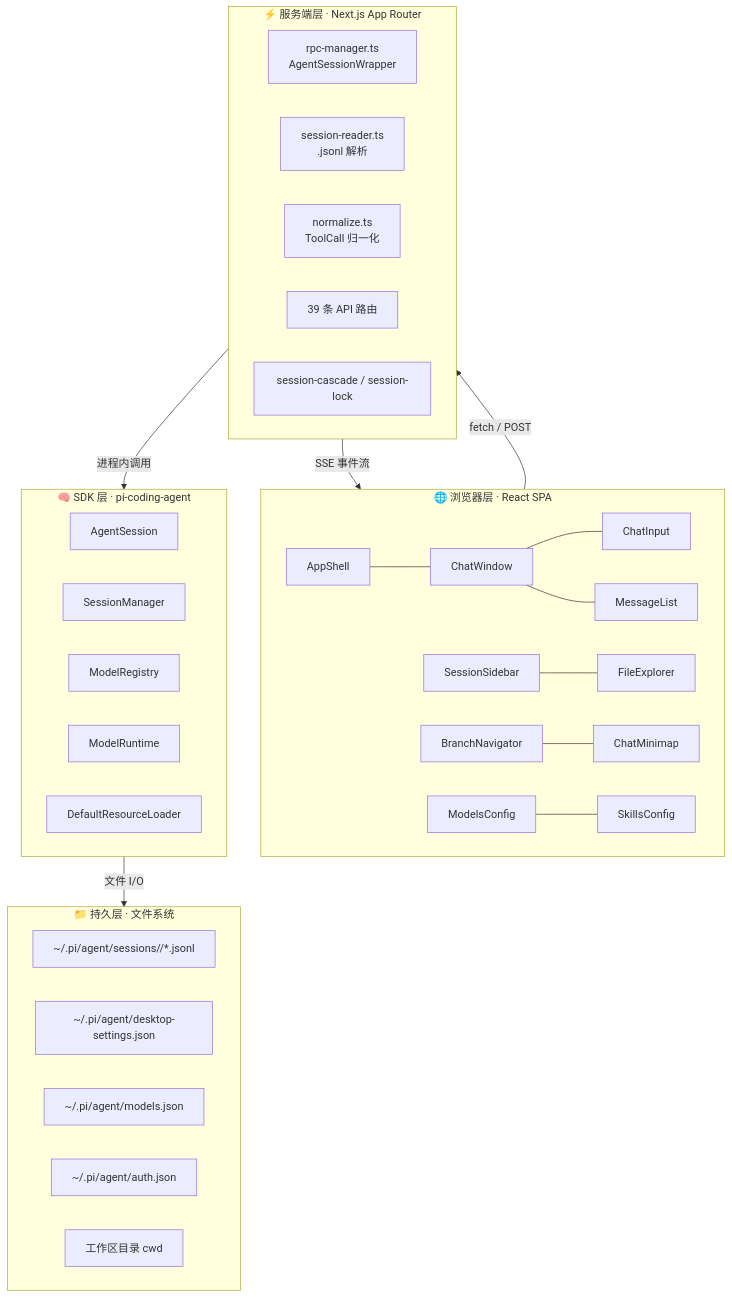
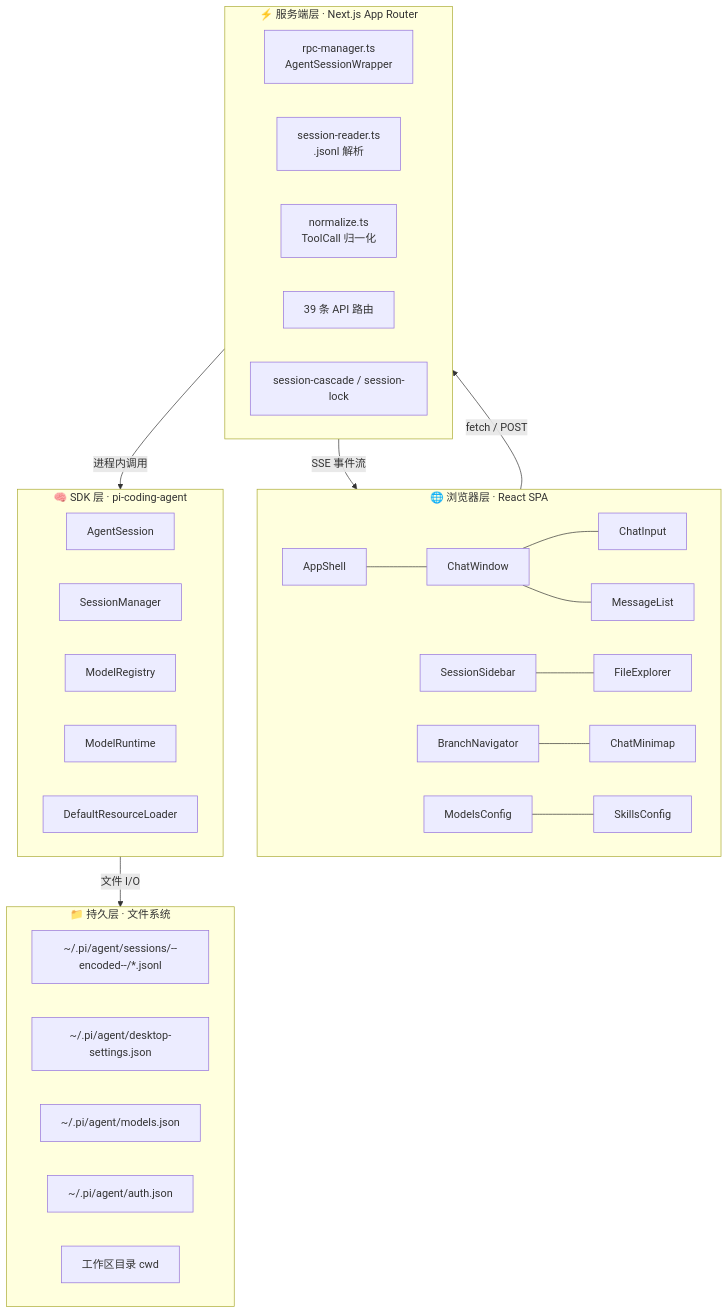
The first of 8 diagrams in .zread/wiki/versions/2026-10-06-001245/6-si-ceng-fen-chi-jia-gou-xiang-jie.md (Chasen-Liao/pi-agent-desktop), drawn with Mermaid before and after one commit. The commit also changed other lines of this file and 29 other files, not shown here.

First line of the commit message:
docs(wiki): align zread wiki with main architecture

````diff
--- a/.zread/wiki/versions/2026-10-06-001245/6-si-ceng-fen-chi-jia-gou-xiang-jie.md
+++ b/.zread/wiki/versions/2026-10-06-001245/6-si-ceng-fen-chi-jia-gou-xiang-jie.md
@@ -7,44 +7,44 @@
 ```mermaid
 flowchart TD
     subgraph L1["🌐 浏览器层 · React SPA"]
         direction LR
         C1[AppShell] --- C2[ChatWindow]
         C2 --- C3[ChatInput]
         C2 --- C4[MessageList]
         C5[SessionSidebar] --- C6[FileExplorer]
         C7[BranchNavigator] --- C8[ChatMinimap]
         C9[ModelsConfig] --- C10[SkillsConfig]
     end
 
     subgraph L2["⚡ 服务端层 · Next.js App Router"]
         direction LR
         S1[rpc-manager.ts<br/>AgentSessionWrapper]
         S2[session-reader.ts<br/>.jsonl 解析]
         S3[normalize.ts<br/>ToolCall 归一化]
         S4["39 条 API 路由"]
         S5[session-cascade / session-lock]
     end
 
     subgraph L3["🧠 SDK 层 · pi-coding-agent"]
         direction LR
         A1[AgentSession]
         A2[SessionManager]
         A3[ModelRegistry]
         A4[ModelRuntime]
         A5[DefaultResourceLoader]
     end
 
     subgraph L4["📁 持久层 · 文件系统"]
         direction LR
-        F1["~/.pi/agent/sessions/<encoded-cwd>/*.jsonl"]
+        F1["~/.pi/agent/sessions/--encoded--/*.jsonl"]
         F2["~/.pi/agent/desktop-settings.json"]
         F3["~/.pi/agent/models.json"]
         F4["~/.pi/agent/auth.json"]
         F5[工作区目录 cwd]
     end
 
     L1 -->|"fetch / POST"| L2
     L2 -->|"SSE 事件流"| L1
     L2 -->|"进程内调用"| L3
     L3 -->|"文件 I/O"| L4
 ```
````
